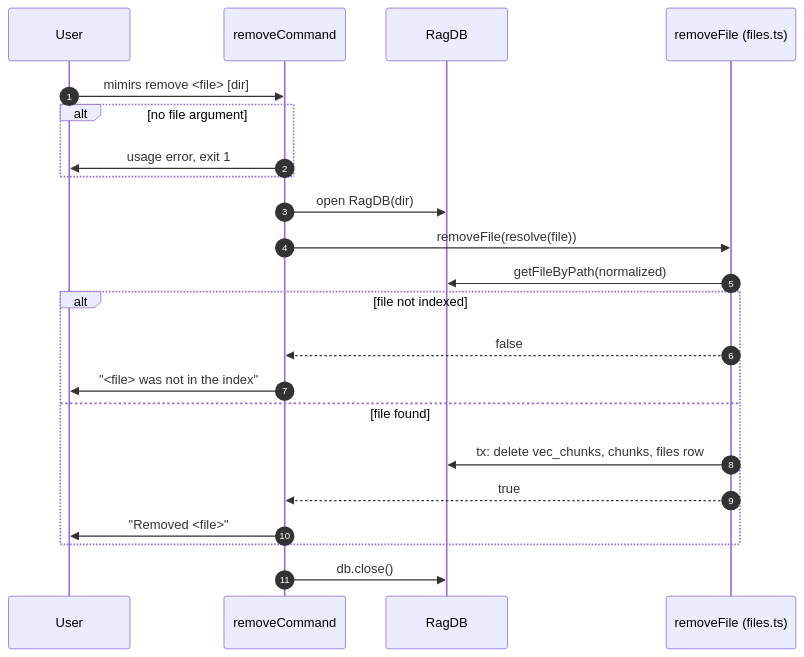
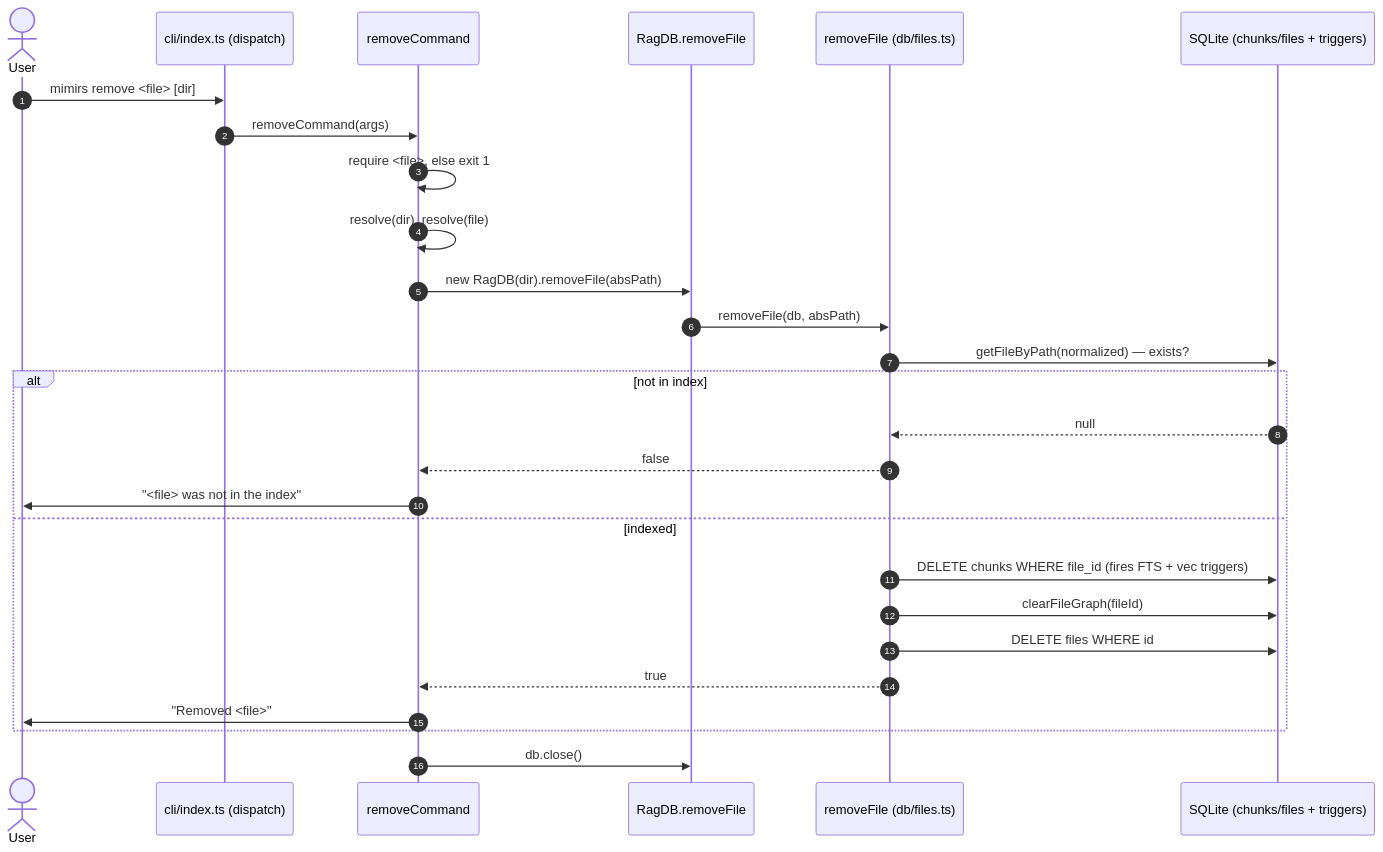
Before and after one commit to TheWinci/mimirs: the diagram in wiki/cli/remove.md, drawn with Mermaid. The commit also changed other lines of this file and 51 other files, not shown here.

````diff
--- a/wiki/cli/remove.md
+++ b/wiki/cli/remove.md
@@ -11,24 +9,30 @@
 ```mermaid
 sequenceDiagram
     autonumber
-    participant User
-    participant Cmd as removeCommand
-    participant DB as RagDB
-    participant Files as removeFile (files.ts)
-    User->>Cmd: mimirs remove <file> [dir]
-    alt no file argument
-        Cmd->>User: usage error, exit 1
+    actor User
+    participant CLI as cli/index.ts (dispatch)
+    participant Handler as removeCommand
+    participant Store as RagDB.removeFile
+    participant Files as removeFile (db/files.ts)
+    participant SQLite as SQLite (chunks/files + triggers)
+
+    User->>CLI: mimirs remove <file> [dir]
+    CLI->>Handler: removeCommand(args)
+    Handler->>Handler: require <file>, else exit 1
+    Handler->>Handler: resolve(dir), resolve(file)
+    Handler->>Store: new RagDB(dir).removeFile(absPath)
+    Store->>Files: removeFile(db, absPath)
+    Files->>SQLite: getFileByPath(normalized) — exists?
+    alt not in index
+        SQLite-->>Files: null
+        Files-->>Handler: false
+        Handler->>User: "<file> was not in the index"
+    else indexed
+        Files->>SQLite: DELETE chunks WHERE file_id (fires FTS + vec triggers)
+        Files->>SQLite: clearFileGraph(fileId)
+        Files->>SQLite: DELETE files WHERE id
+        Files-->>Handler: true
+        Handler->>User: "Removed <file>"
     end
-    Cmd->>DB: open RagDB(dir)
-    Cmd->>Files: removeFile(resolve(file))
-    Files->>DB: getFileByPath(normalized)
-    alt file not indexed
-        Files-->>Cmd: false
-        Cmd->>User: "<file> was not in the index"
-    else file found
-        Files->>DB: tx: delete vec_chunks, chunks, files row
-        Files-->>Cmd: true
-        Cmd->>User: "Removed <file>"
-    end
-    Cmd->>DB: db.close()
+    Handler->>Store: db.close()
 ```
````
